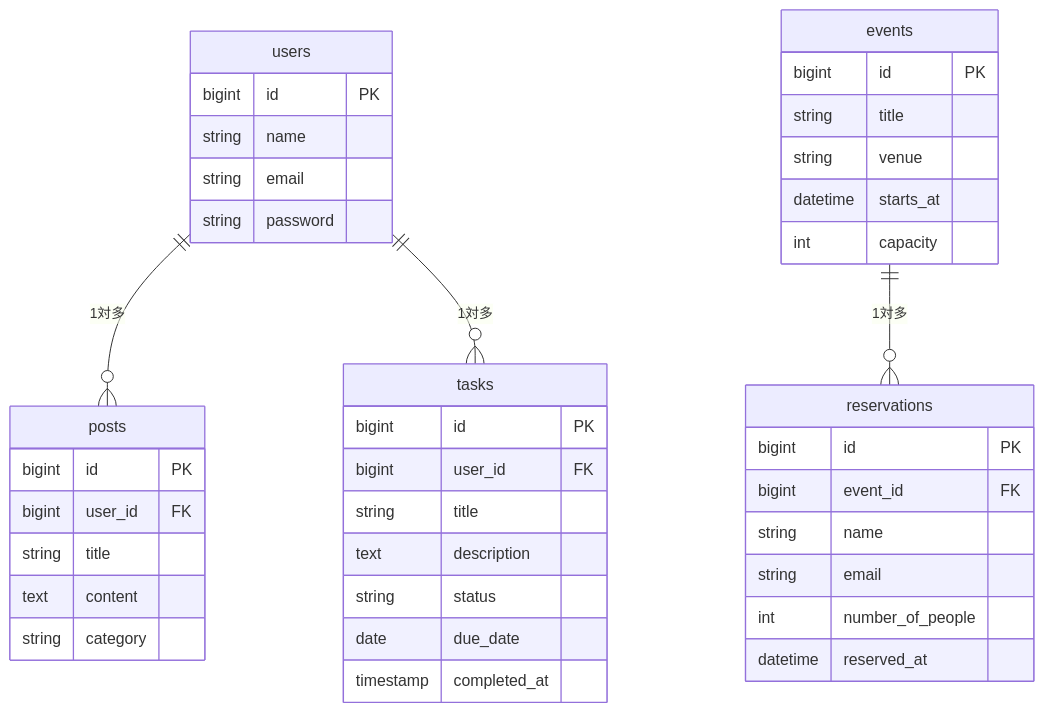
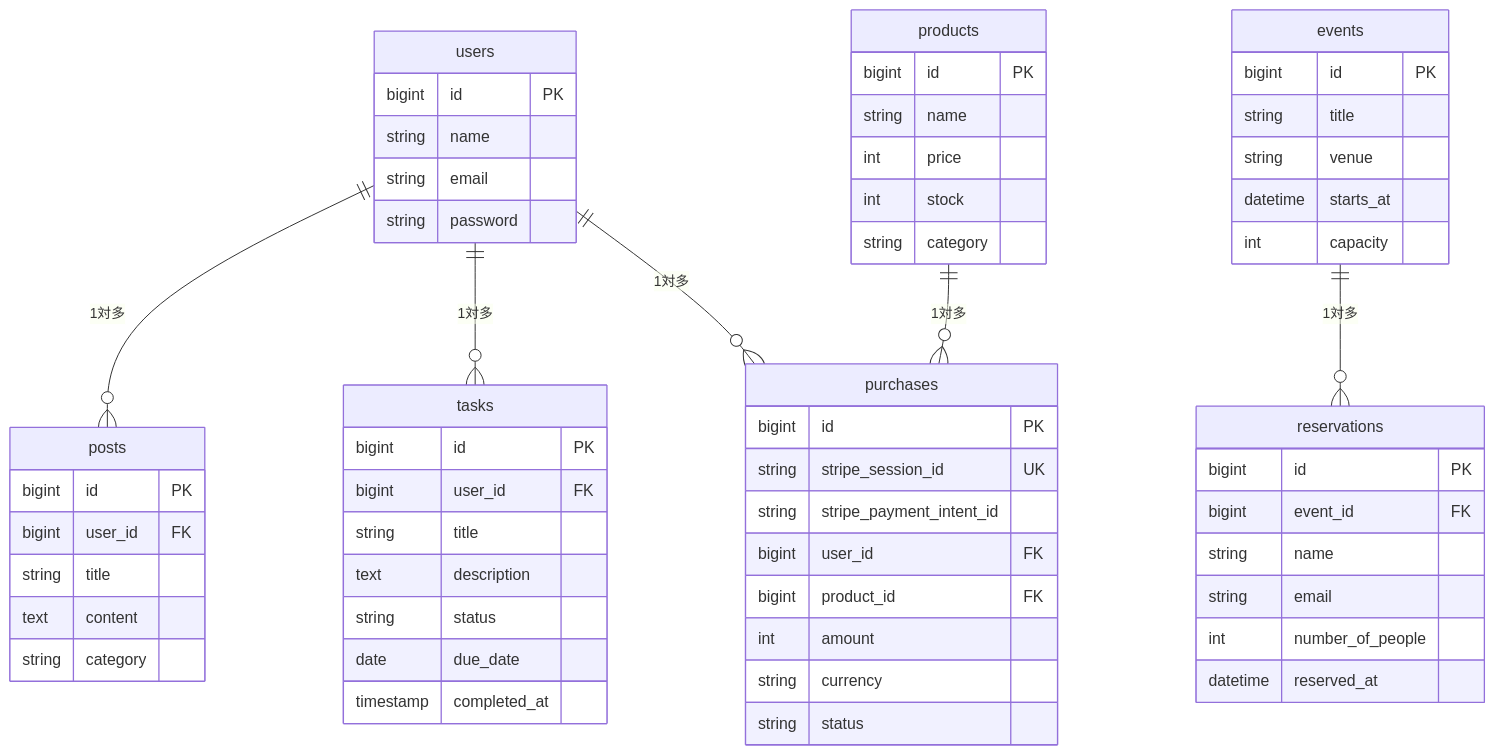
Before and after one commit to aoleaf/laravel-docker-app: the diagram in docs/database.md, drawn with Mermaid. The commit also changed other lines of this file and 17 other files, not shown here.

````diff
--- a/docs/database.md
+++ b/docs/database.md
@@ -95,43 +120,62 @@
 ```mermaid
 erDiagram
     users ||--o{ posts : "1対多"
     users ||--o{ tasks : "1対多"
     events ||--o{ reservations : "1対多"
+    users ||--o{ purchases : "1対多"
+    products ||--o{ purchases : "1対多"
     users {
         bigint id PK
         string name
         string email
         string password
     }
     posts {
         bigint id PK
         bigint user_id FK
         string title
         text content
         string category
     }
     tasks {
         bigint id PK
         bigint user_id FK
         string title
         text description
         string status
         date due_date
         timestamp completed_at
     }
     events {
         bigint id PK
         string title
         string venue
         datetime starts_at
         int capacity
     }
     reservations {
         bigint id PK
         bigint event_id FK
         string name
         string email
         int number_of_people
         datetime reserved_at
     }
+    products {
+        bigint id PK
+        string name
+        int price
+        int stock
+        string category
+    }
+    purchases {
+        bigint id PK
+        string stripe_session_id UK
+        string stripe_payment_intent_id
+        bigint user_id FK
+        bigint product_id FK
+        int amount
+        string currency
+        string status
+    }
 ```
````
